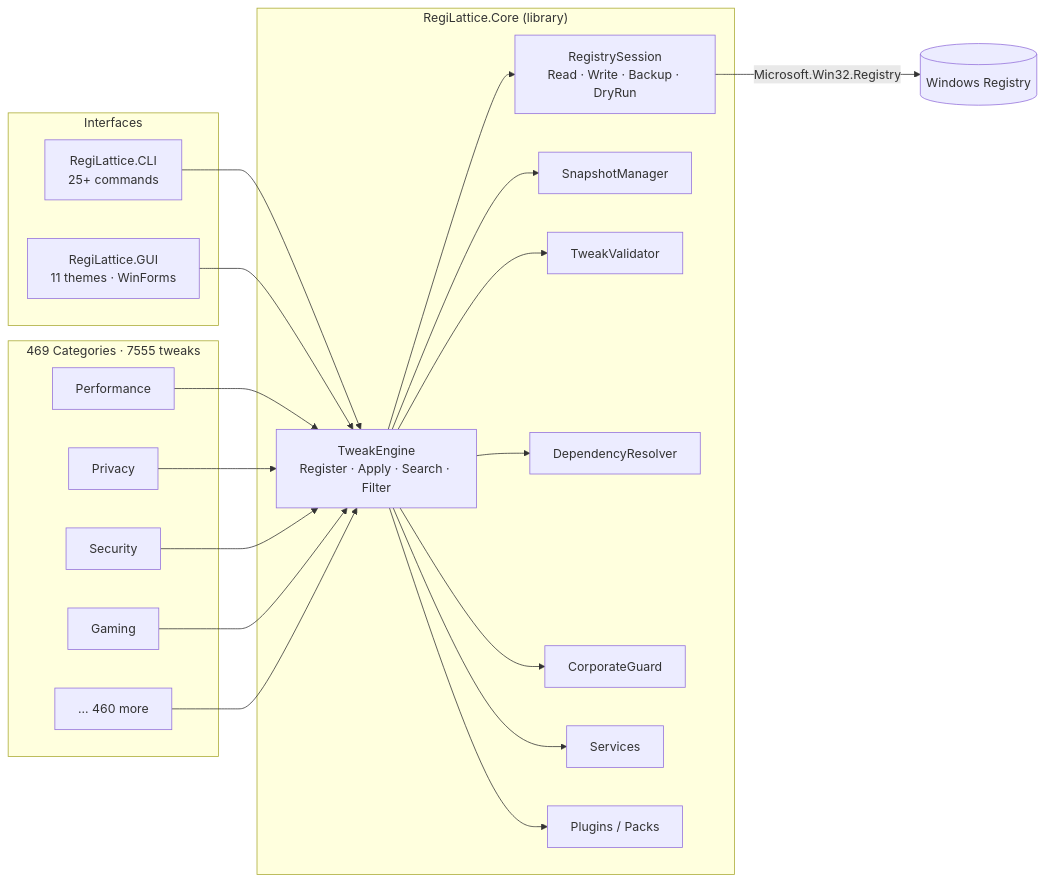
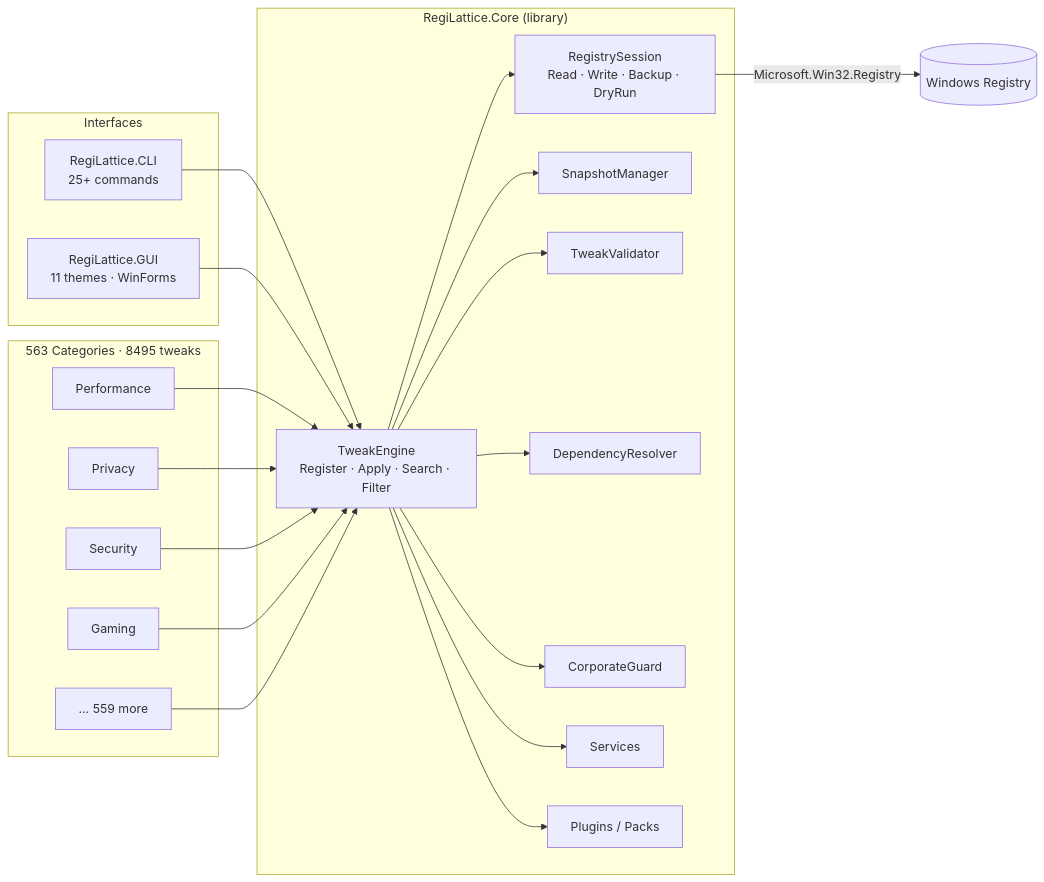
Before and after one commit to RajwanYair/RegiLattice: the first of 2 diagrams in README.md, drawn with Mermaid. The commit also changed other lines of this file and 100 other files, not shown here.

````diff
--- a/README.md
+++ b/README.md
@@ -88,38 +88,38 @@
 ```mermaid
 graph LR
     subgraph Interfaces
         CLI[RegiLattice.CLI<br/>25+ commands]
         GUI[RegiLattice.GUI<br/>11 themes · WinForms]
     end
 
     subgraph Core["RegiLattice.Core (library)"]
         TE[TweakEngine<br/>Register · Apply · Search · Filter]
         RS[RegistrySession<br/>Read · Write · Backup · DryRun]
         SM[SnapshotManager]
         TV[TweakValidator]
         DR[DependencyResolver]
         CG[CorporateGuard]
         SV[Services]
         PM[Plugins / Packs]
     end
 
-    subgraph Tweaks["469 Categories · 7555 tweaks"]
+    subgraph Tweaks["563 Categories · 8495 tweaks"]
         T1[Performance]
         T2[Privacy]
         T3[Security]
         T4[Gaming]
-        TN[... 460 more]
+        TN[... 559 more]
     end
 
     CLI --> TE
     GUI --> TE
     TE --> RS
     TE --> SM
     TE --> TV
     TE --> DR
     TE --> CG
     TE --> SV
     TE --> PM
     T1 & T2 & T3 & T4 & TN --> TE
     RS -->|Microsoft.Win32.Registry| WR[(Windows Registry)]
 ```
````
